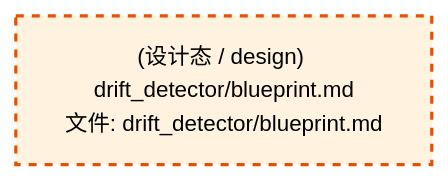
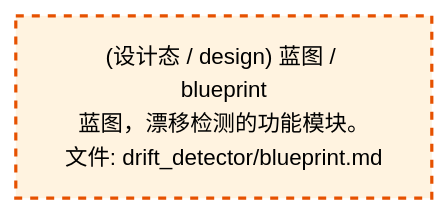
Before and after one commit to xuanFelixVan/ZephyrAlpha: the third of 4 diagrams in docs/02_enterprise_architecture/02_domain_architecture_docs/52_d_gov_drift.md, drawn with Mermaid. The commit also changed other lines of this file and 60 other files, not shown here.

````diff
--- a/docs/02_enterprise_architecture/02_domain_architecture_docs/52_d_gov_drift.md
+++ b/docs/02_enterprise_architecture/02_domain_architecture_docs/52_d_gov_drift.md
@@ -457,10 +457,10 @@
 ```mermaid
 %%{init: {'theme': 'base', 'themeVariables': {'primaryColor': '#eaeaea', 'primaryTextColor': '#333333', 'primaryBorderColor': '#666666', 'lineColor': '#666666', 'secondaryColor': '#eaeaea', 'tertiaryColor': '#eaeaea', 'fontSize': '14px'}}}%%
 flowchart TD
-    docs_03_modules_domain_governance_drift_detector_blueprint_md["(设计态 / design) drift_detector/blueprint.md<br/>文件: drift_detector/blueprint.md"]
+    docs_03_modules_domain_governance_drift_detector_blueprint_md["(设计态 / design) 蓝图 / blueprint<br/>蓝图，漂移检测的功能模块。<br/>文件: drift_detector/blueprint.md"]
     classDef production fill:#e1f5fe,stroke:#01579b,stroke-width:2px,color:#000
     classDef design fill:#fff3e0,stroke:#e65100,stroke-width:2px,color:#000,stroke-dasharray: 5 5
     classDef external_prod fill:#e8f4fd,stroke:#0277bd,stroke-width:1px,color:#000
     classDef external_design fill:#fff8e7,stroke:#ef6c00,stroke-width:1px,color:#000,stroke-dasharray: 5 5
     class docs_03_modules_domain_governance_drift_detector_blueprint_md design
 ```
````
